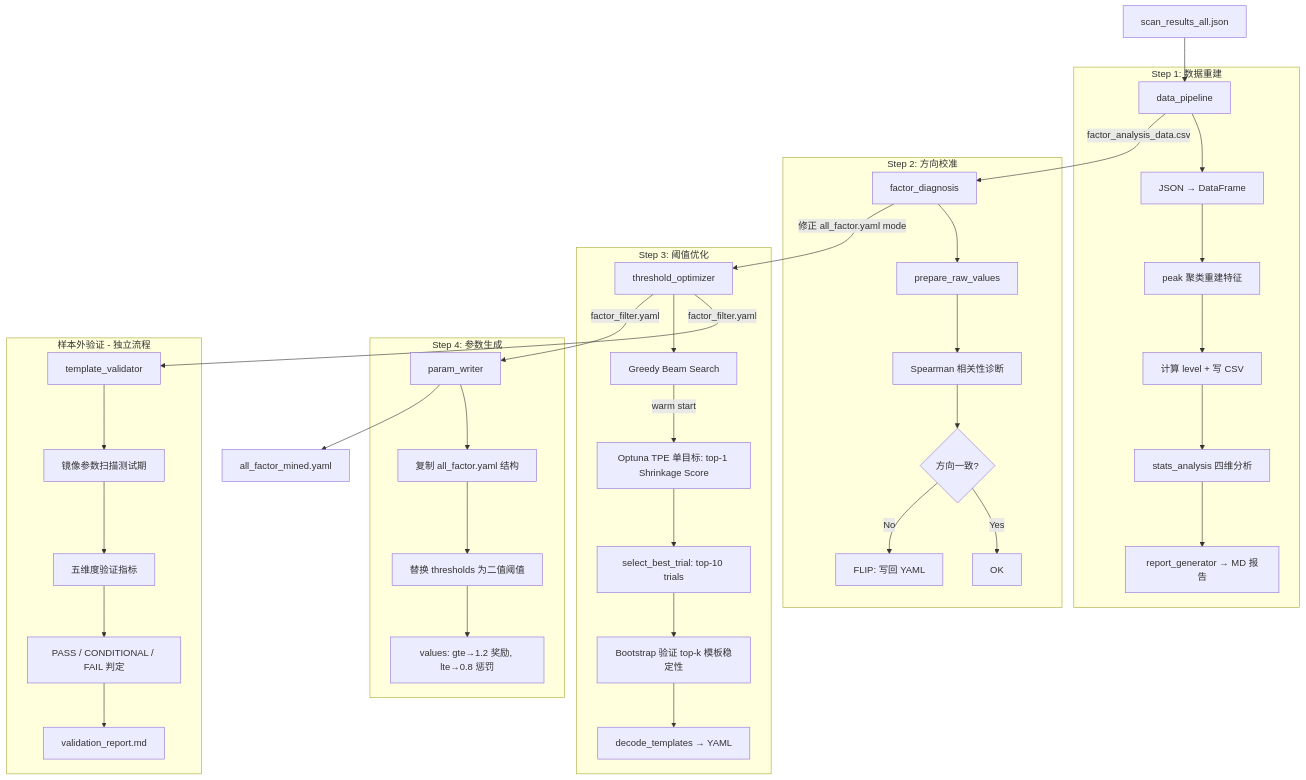
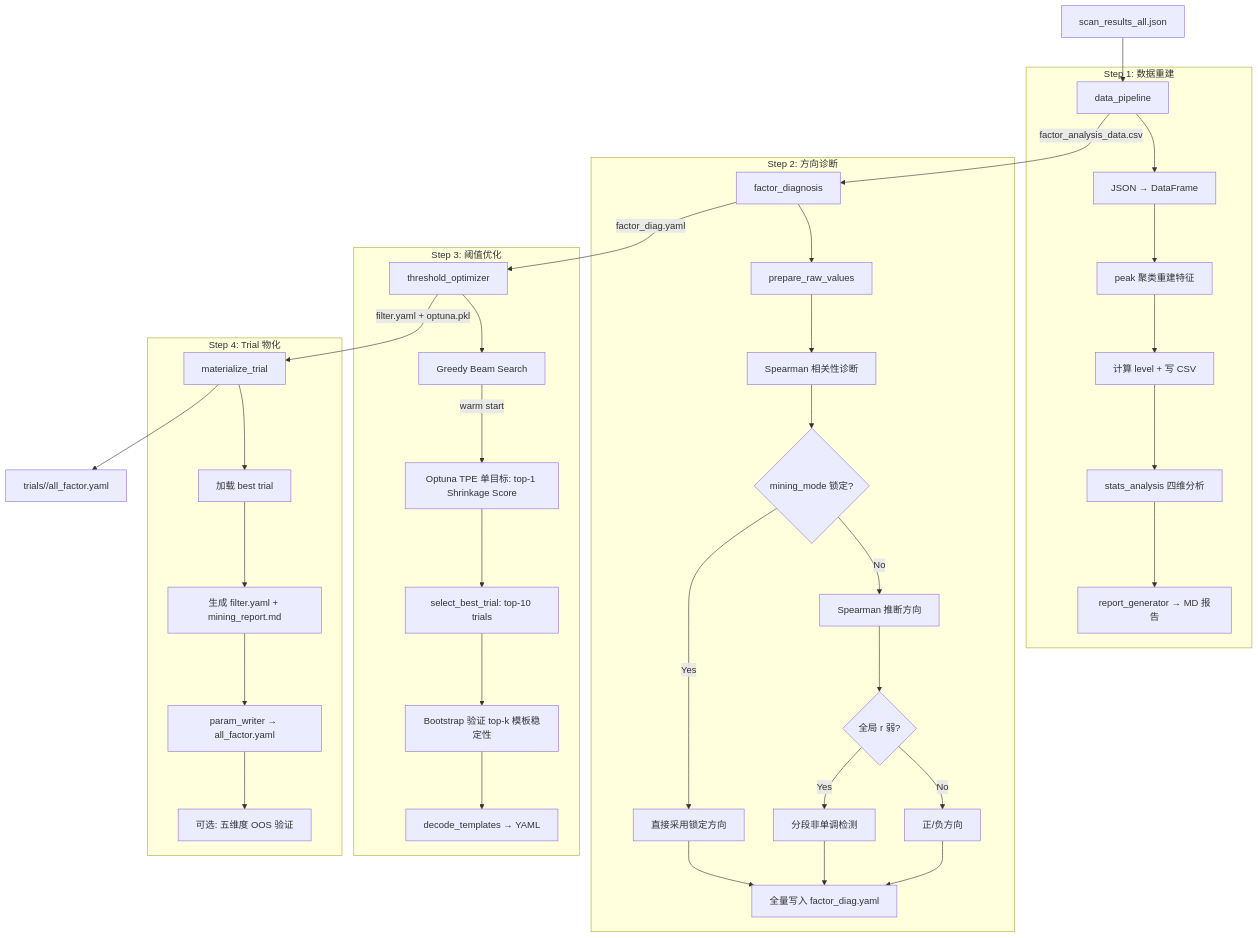
Before and after one commit to ufgtb24/Trade_Strategy: the diagram in docs/modules/specs/15_数据挖掘模块_IMPL.md, drawn with Mermaid. The commit also changed other lines of this file and 69 other files, not shown here.

````diff
--- a/docs/modules/specs/15_数据挖掘模块_IMPL.md
+++ b/docs/modules/specs/15_数据挖掘模块_IMPL.md
@@ -12,46 +12,43 @@
 ```mermaid
 flowchart TD
     A[scan_results_all.json] --> B[data_pipeline]
     B -->|factor_analysis_data.csv| C[factor_diagnosis]
-    C -->|修正 all_factor.yaml mode| D[threshold_optimizer]
-    D -->|factor_filter.yaml| E[param_writer]
-    E --> F[all_factor_mined.yaml]
+    C -->|factor_diag.yaml| D[threshold_optimizer]
+    D -->|filter.yaml + optuna.pkl| E[materialize_trial]
+    E --> F["trials/<id>/all_factor.yaml"]
 
     subgraph Step1 [Step 1: 数据重建]
         B --> B1[JSON → DataFrame]
         B1 --> B2[peak 聚类重建特征]
         B2 --> B3[计算 level + 写 CSV]
         B3 --> B4[stats_analysis 四维分析]
         B4 --> B5[report_generator → MD 报告]
     end
 
-    subgraph Step2 [Step 2: 方向校准]
+    subgraph Step2 [Step 2: 方向诊断]
         C --> C1[prepare_raw_values]
         C1 --> C2[Spearman 相关性诊断]
-        C2 --> C3{方向一致?}
-        C3 -->|No| C4[FLIP: 写回 YAML]
-        C3 -->|Yes| C5[OK]
+        C2 --> C3{mining_mode 锁定?}
+        C3 -->|Yes| C4[直接采用锁定方向]
+        C3 -->|No| C5[Spearman 推断方向]
+        C5 --> C6{全局 r 弱?}
+        C6 -->|Yes| C7[分段非单调检测]
+        C6 -->|No| C8[正/负方向]
+        C4 & C7 & C8 --> C9[全量写入 factor_diag.yaml]
     end
 
     subgraph Step3 [Step 3: 阈值优化]
         D --> D1[Greedy Beam Search]
         D1 -->|warm start| D2[Optuna TPE 单目标: top-1 Shrinkage Score]
         D2 --> D3[select_best_trial: top-10 trials]
         D3 --> D4[Bootstrap 验证 top-k 模板稳定性]
         D4 --> D5[decode_templates → YAML]
     end
 
-    subgraph Step4 [Step 4: 参数生成]
-        E --> E1[复制 all_factor.yaml 结构]
-        E1 --> E2[替换 thresholds 为二值阈值]
-        E2 --> E3[values: gte→1.2 奖励, lte→0.8 惩罚]
-    end
-
-    subgraph Validation [样本外验证 - 独立流程]
-        D -->|factor_filter.yaml| V[template_validator]
-        V --> V1[镜像参数扫描测试期]
-        V1 --> V2[五维度验证指标]
-        V2 --> V3[PASS / CONDITIONAL / FAIL 判定]
-        V3 --> V4[validation_report.md]
+    subgraph Step4 [Step 4: Trial 物化]
+        E --> E1[加载 best trial]
+        E1 --> E2[生成 filter.yaml + mining_report.md]
+        E2 --> E3["param_writer → all_factor.yaml"]
+        E3 --> E4["可选: 五维度 OOS 验证"]
     end
 ```
````
